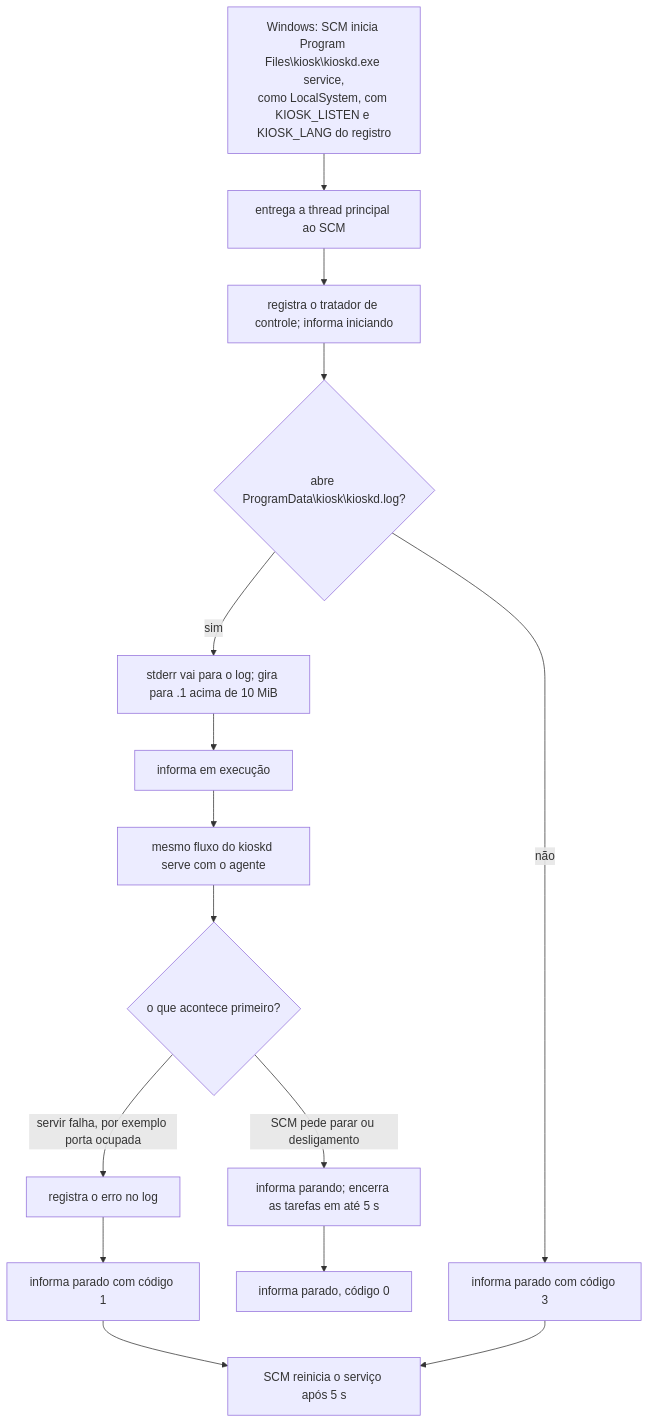
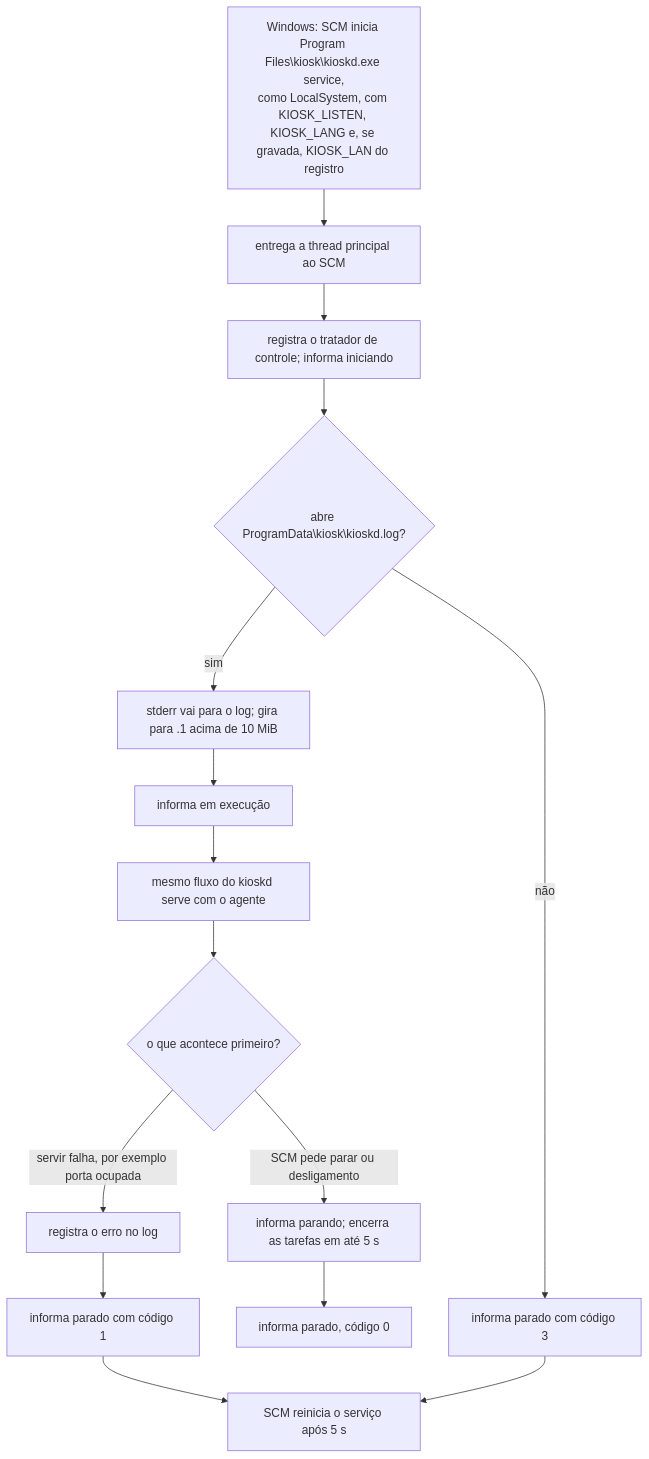
One commit to jefersonlop3s/kiosk-engine changed diagram 23 of 34 in docs/architecture/fluxos-dos-comandos.md. Above: the diagram before and after it, drawn with Mermaid. The commit also changed other lines of this file and 8 other files, not shown here.

First line of the commit message:
fix(servico): install grava KIOSK_LAN no serviço; testes dos GAPs na 0.0.8 (#31)

````diff
--- a/docs/architecture/fluxos-dos-comandos.md
+++ b/docs/architecture/fluxos-dos-comandos.md
@@ -378,17 +378,17 @@
 ```mermaid
 flowchart TD
-    W["Windows: SCM inicia Program Files\kiosk\kioskd.exe service,<br/>como LocalSystem, com KIOSK_LISTEN e KIOSK_LANG do registro"] --> A["entrega a thread principal ao SCM"]
+    W["Windows: SCM inicia Program Files\kiosk\kioskd.exe service,<br/>como LocalSystem, com KIOSK_LISTEN, KIOSK_LANG e, se gravada, KIOSK_LAN do registro"] --> A["entrega a thread principal ao SCM"]
     A --> B["registra o tratador de controle; informa iniciando"]
     B --> C{"abre ProgramData\kiosk\kioskd.log?"}
     C -->|não| E1["informa parado com código 3"]
     C -->|sim| D["stderr vai para o log; gira para .1 acima de 10 MiB"]
     D --> F["informa em execução"]
     F --> G["mesmo fluxo do kioskd serve com o agente"]
     G --> H{"o que acontece primeiro?"}
     H -->|"SCM pede parar ou desligamento"| I["informa parando; encerra as tarefas em até 5 s"]
     H -->|"servir falha, por exemplo porta ocupada"| J["registra o erro no log"]
     I --> K["informa parado, código 0"]
     J --> L["informa parado com código 1"]
     L --> M["SCM reinicia o serviço após 5 s"]
     E1 --> M
 ```
````
